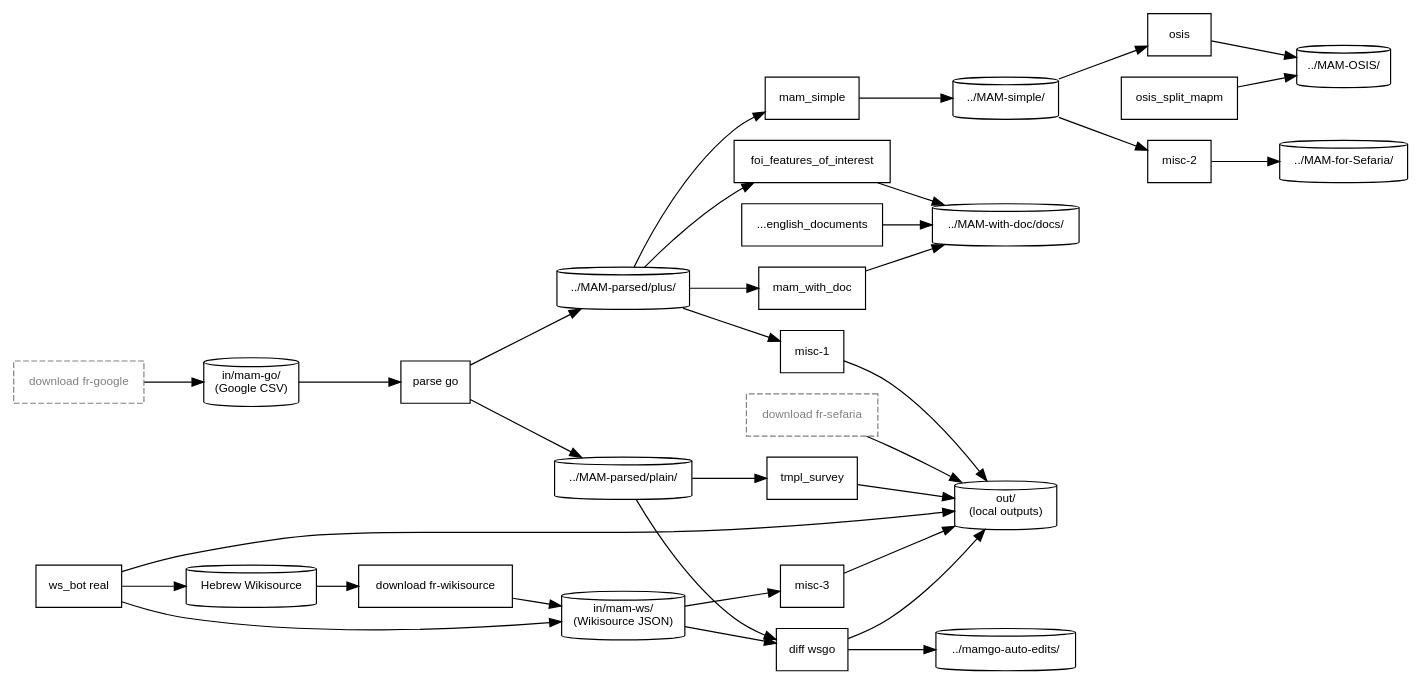
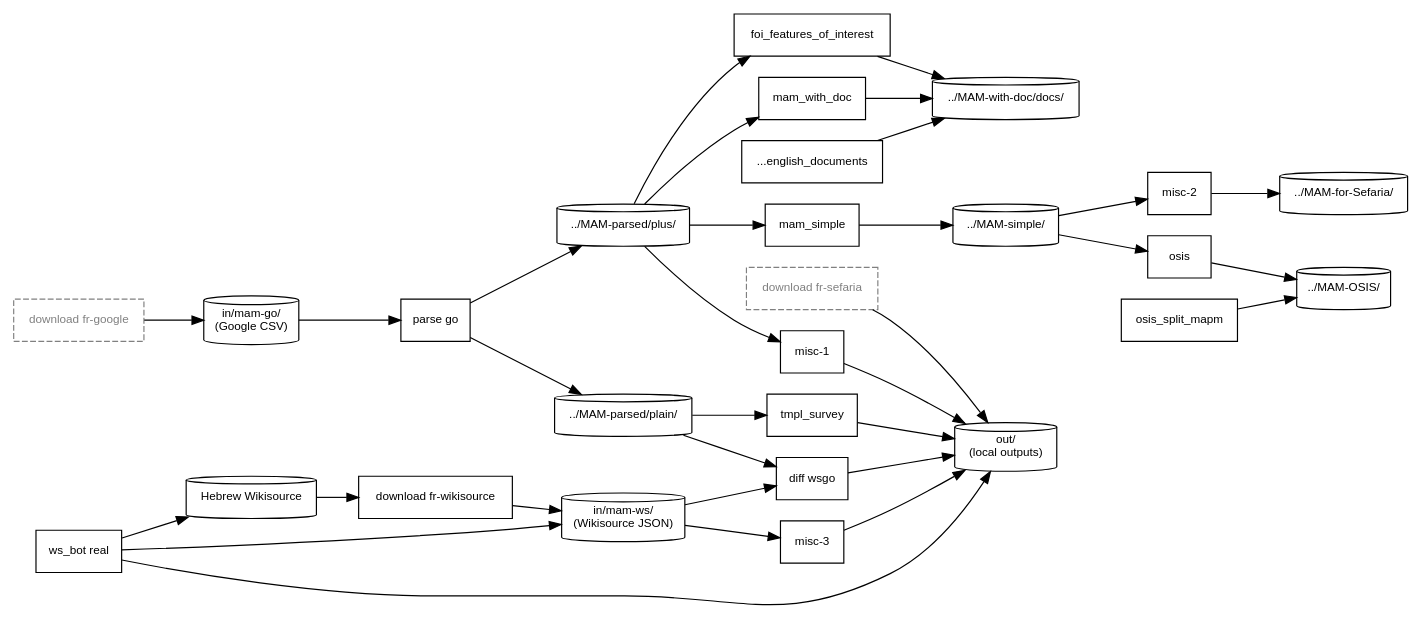
The diagram in doc/process-documentation/pipeline.dot (bdenckla/MAM-basics), drawn with Graphviz before and after one commit. The commit also changed 4 other files, not shown here.

First line of the commit message:
Update pipeline docs: remove ds_mamgo_auto, update auto-edits step 3

```diff
--- a/doc/process-documentation/pipeline.dot
+++ b/doc/process-documentation/pipeline.dot
@@ -1,92 +1,90 @@
 digraph mam_pipeline {
     // Generated by py/main_pipeline_graph.py from structured pipeline data.
     // Do not edit this file by hand; edit py/pipeline_graph/pipeline_graph_spec.py instead.
     rankdir=LR;
     node [fontname="Helvetica", fontsize=10];
     edge [fontname="Helvetica", fontsize=9];
 
     // ── Data stores ──
     node [shape=cylinder];
     ds_go_csv        [label="in/mam-go/\n(Google CSV)"];
     ds_parsed_plus   [label="../MAM-parsed/plus/"];
     ds_parsed_plain  [label="../MAM-parsed/plain/"];
     ds_ws            [label="in/mam-ws/\n(Wikisource JSON)"];
     src_ws_live      [label="Hebrew Wikisource"];
     ds_simple        [label="../MAM-simple/"];
     ds_with_doc      [label="../MAM-with-doc/docs/"];
     ds_sefaria       [label="../MAM-for-Sefaria/"];
     ds_osis          [label="../MAM-OSIS/"];
     ds_out           [label="out/\n(local outputs)"];
-    ds_mamgo_auto    [label="../mamgo-auto-edits/"];
 
     // ── External prerequisites (not part of _STEPS) ──
     node [shape=box, style=dashed, color=gray, fontcolor=gray];
     download_go      [label="download fr-google"];
     download_sef     [label="download fr-sefaria"];
     download_ws      [label="download fr-wikisource", style="", color="", fontcolor=""];
 
     // ── Pipeline steps ──
     node [shape=box, style="", color="", fontcolor=""];
     parse_go         [label="parse go"];
     foi              [label="foi_features_of_interest"];
     mam_with_doc     [label="mam_with_doc"];
     tmpl_survey      [label="tmpl_survey"];
     mam_simple       [label="mam_simple"];
     misc_2           [label="misc-2"];
     osis             [label="osis"];
     misc_1           [label="misc-1", tooltip="decnreub\nmultimark\nwordlist\nexplicit_xataf\ndiff ctr-vs-mam"];
     diff_wsgo        [label="diff wsgo"];
     misc_3           [label="misc-3", tooltip="parse ws\nws_bot proto"];
     ws_bot           [label="ws_bot real"];
     gen_docs         [label="...english_documents"];
     osis_split       [label="osis_split_mapm"];
 
     // ── Edges ──
 
     // Google pipeline
     download_go     -> ds_go_csv;
     ds_go_csv       -> parse_go;
     parse_go        -> ds_parsed_plus;
     parse_go        -> ds_parsed_plain;
 
     // MAM-parsed consumers
     ds_parsed_plus  -> foi;
     ds_parsed_plus  -> mam_with_doc;
     ds_parsed_plus  -> mam_simple;
     ds_parsed_plus  -> misc_1;
     ds_parsed_plain -> tmpl_survey;
     ds_parsed_plain -> diff_wsgo;
 
     // MAM-with-doc outputs
     foi             -> ds_with_doc;
     mam_with_doc    -> ds_with_doc;
     gen_docs        -> ds_with_doc;
 
     // MAM-simple pipeline
     mam_simple      -> ds_simple;
     ds_simple       -> misc_2;
     ds_simple       -> osis;
     misc_2          -> ds_sefaria;
     osis            -> ds_osis;
     osis_split      -> ds_osis;
 
     // Local out/ outputs
     tmpl_survey     -> ds_out;
     misc_1          -> ds_out;
     diff_wsgo       -> ds_out;
-    diff_wsgo       -> ds_mamgo_auto;
     misc_3          -> ds_out;
 
     // Wikisource pipeline
     src_ws_live     -> download_ws;
     download_ws     -> ds_ws;
     ds_ws           -> diff_wsgo;
     ds_ws           -> misc_3;
     ws_bot          -> src_ws_live;
     ws_bot          -> ds_ws;
     ws_bot          -> ds_out [tooltip="via automatic post-download reparse"];
 
     // Sefaria download (standalone)
     download_sef    -> ds_out;
 
 }
```
